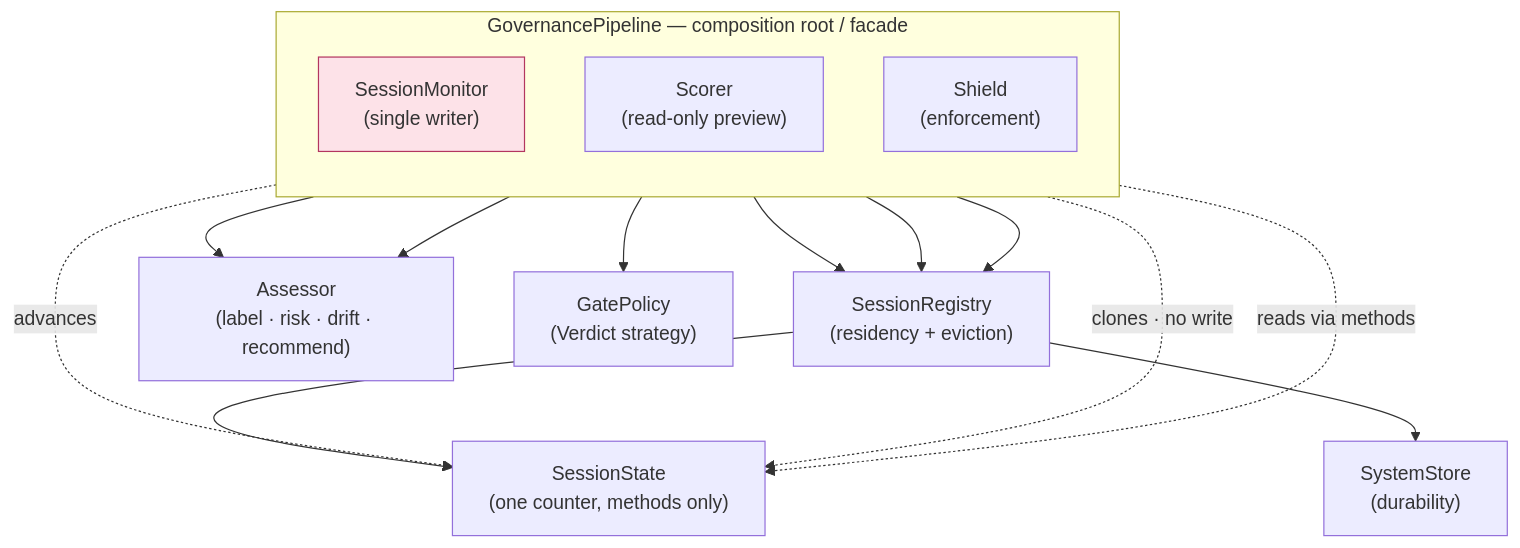
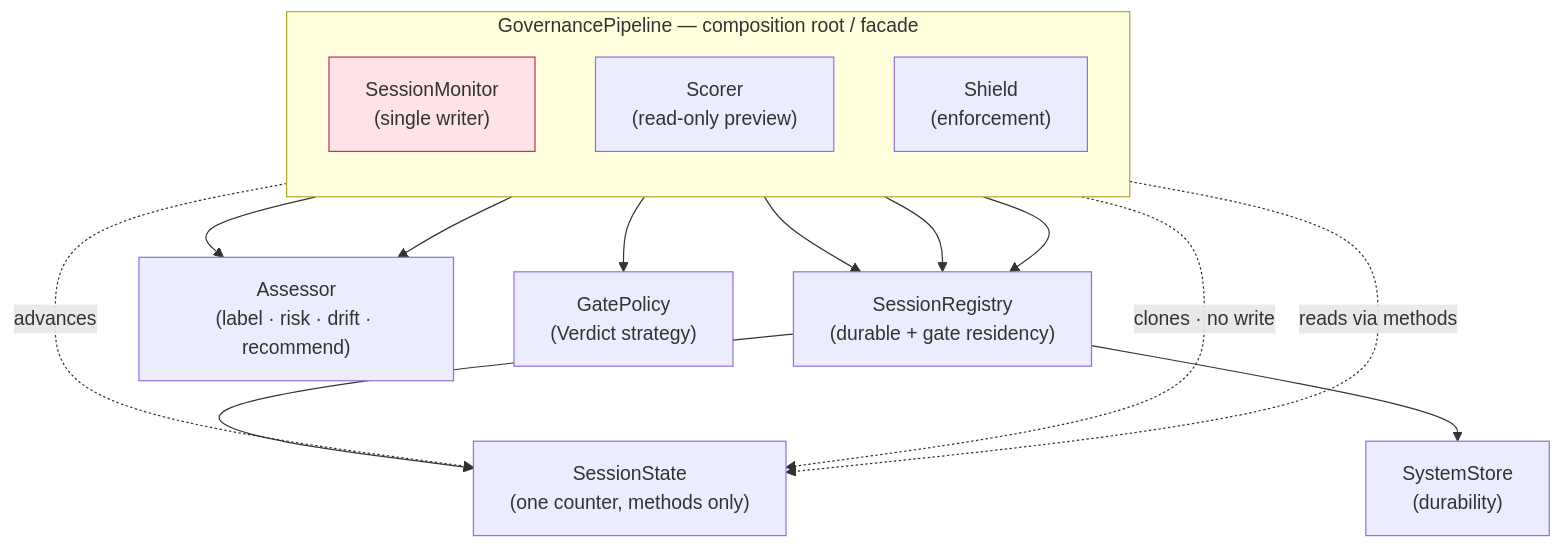
The diagram in SPEC.md (dfinson/traceforge), drawn with Mermaid before and after one commit. The commit also changed other lines of this file and 6 other files, not shown here.

````diff
--- a/SPEC.md
+++ b/SPEC.md
@@ -1392,29 +1392,29 @@
 ```mermaid
 flowchart TB
   subgraph Facade["GovernancePipeline — composition root / facade"]
     direction TB
     MON["SessionMonitor<br/>(single writer)"]
     SCO["Scorer<br/>(read-only preview)"]
     SH["Shield<br/>(enforcement)"]
   end
-  REG["SessionRegistry<br/>(residency + eviction)"]
+  REG["SessionRegistry<br/>(durable + gate residency)"]
   ST["SessionState<br/>(one counter, methods only)"]
   ASS["Assessor<br/>(label · risk · drift · recommend)"]
   POL["GatePolicy<br/>(Verdict strategy)"]
   STORE["SystemStore<br/>(durability)"]
 
   MON --> REG
   MON --> ASS
   SCO --> REG
   SCO --> ASS
   SH --> REG
   SH --> POL
   REG --> ST
   REG --> STORE
   MON -. advances .-> ST
   SCO -. clones · no write .-> ST
   SH -. reads via methods .-> ST
 
   classDef writer fill:#fde2e8,stroke:#b3365f;
   class MON writer;
 ```
````
